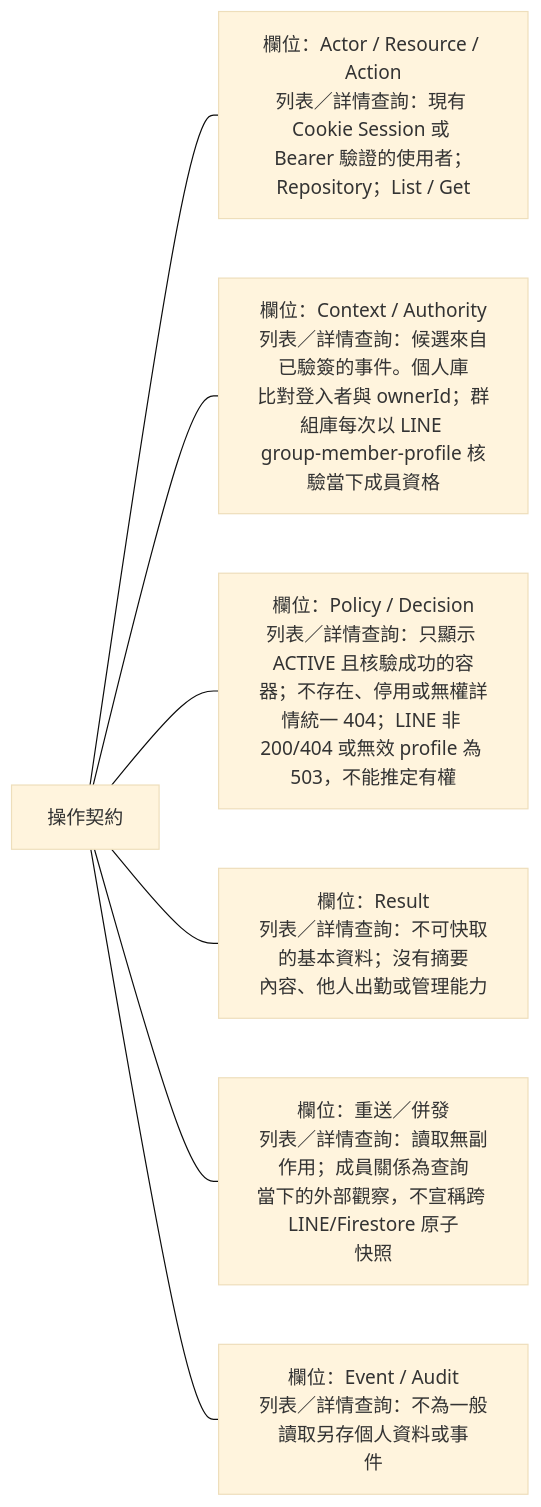
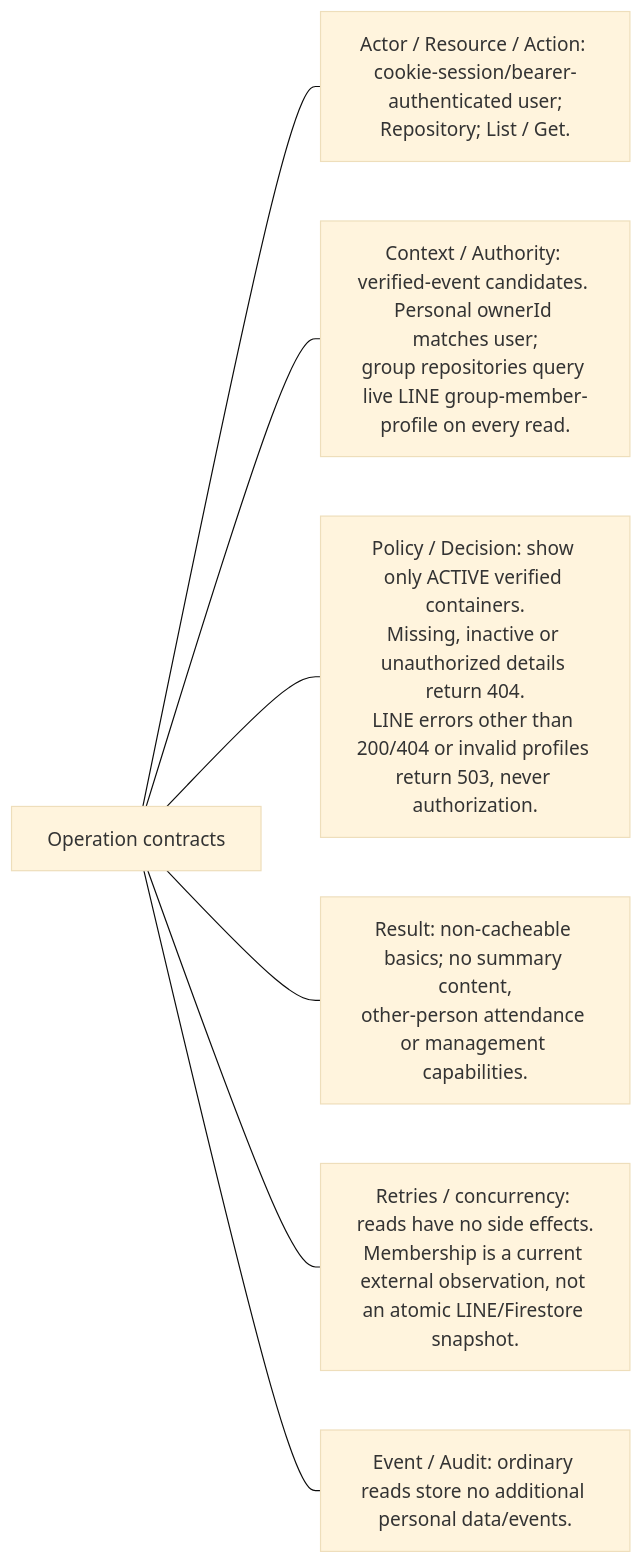
Before and after one commit to 963sup/line-mini-app-bot: the fourth of 12 diagrams in docs/domains/repository/README.md, drawn with Mermaid (base theme). The commit also changed other lines of this file and 341 other files, not shown here.

````diff
--- a/docs/domains/repository/README.md
+++ b/docs/domains/repository/README.md
@@ -85,10 +91,10 @@
 ```mermaid
 flowchart LR
-  h["操作契約"]
-  h --- n0["欄位：Actor / Resource / Action<br/>列表／詳情查詢：現有 Cookie Session 或 <br/>Bearer 驗證的使用者；Repository；List / Get"]
-  h --- n1["欄位：Context / Authority<br/>列表／詳情查詢：候選來自已驗簽的事件。個人庫<br/>比對登入者與 ownerId；群組庫每次以 LINE <br/>group-member-profile 核驗當下成員資格"]
-  h --- n2["欄位：Policy / Decision<br/>列表／詳情查詢：只顯示 ACTIVE 且核驗成功的容<br/>器；不存在、停用或無權詳情統一 404；LINE 非 <br/>200/404 或無效 profile 為 503，不能推定有權"]
-  h --- n3["欄位：Result<br/>列表／詳情查詢：不可快取的基本資料；沒有摘要<br/>內容、他人出勤或管理能力"]
-  h --- n4["欄位：重送／併發<br/>列表／詳情查詢：讀取無副作用；成員關係為查詢<br/>當下的外部觀察，不宣稱跨 LINE/Firestore 原子<br/>快照"]
-  h --- n5["欄位：Event / Audit<br/>列表／詳情查詢：不為一般讀取另存個人資料或事<br/>件"]
+  h["Operation contracts"]
+  h --- n0["Actor / Resource / Action: cookie-session/bearer-authenticated user;<br/>Repository; List / Get."]
+  h --- n1["Context / Authority: verified-event candidates. Personal ownerId matches user;<br/>group repositories query live LINE group-member-profile on every read."]
+  h --- n2["Policy / Decision: show only ACTIVE verified containers.<br/>Missing, inactive or unauthorized details return 404.<br/>LINE errors other than 200/404 or invalid profiles return 503, never authorization."]
+  h --- n3["Result: non-cacheable basics; no summary content,<br/>other-person attendance or management capabilities."]
+  h --- n4["Retries / concurrency: reads have no side effects.<br/>Membership is a current external observation, not an atomic LINE/Firestore snapshot."]
+  h --- n5["Event / Audit: ordinary reads store no additional personal data/events."]
 ```
````
